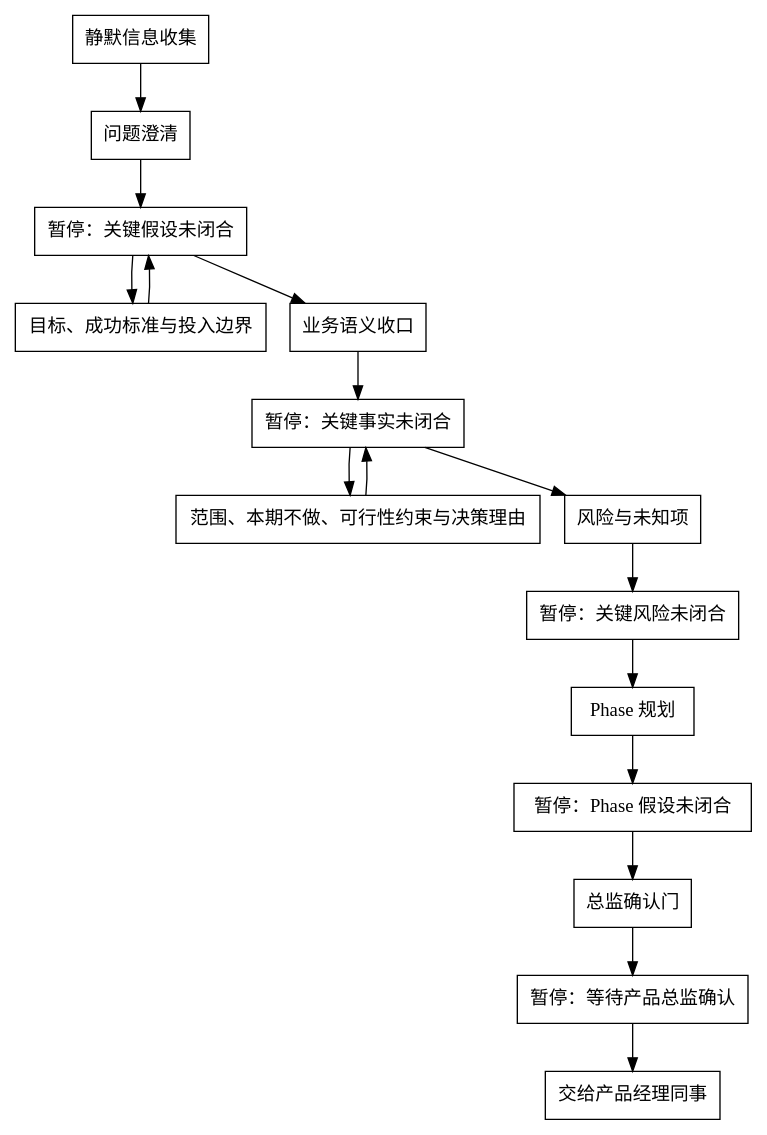
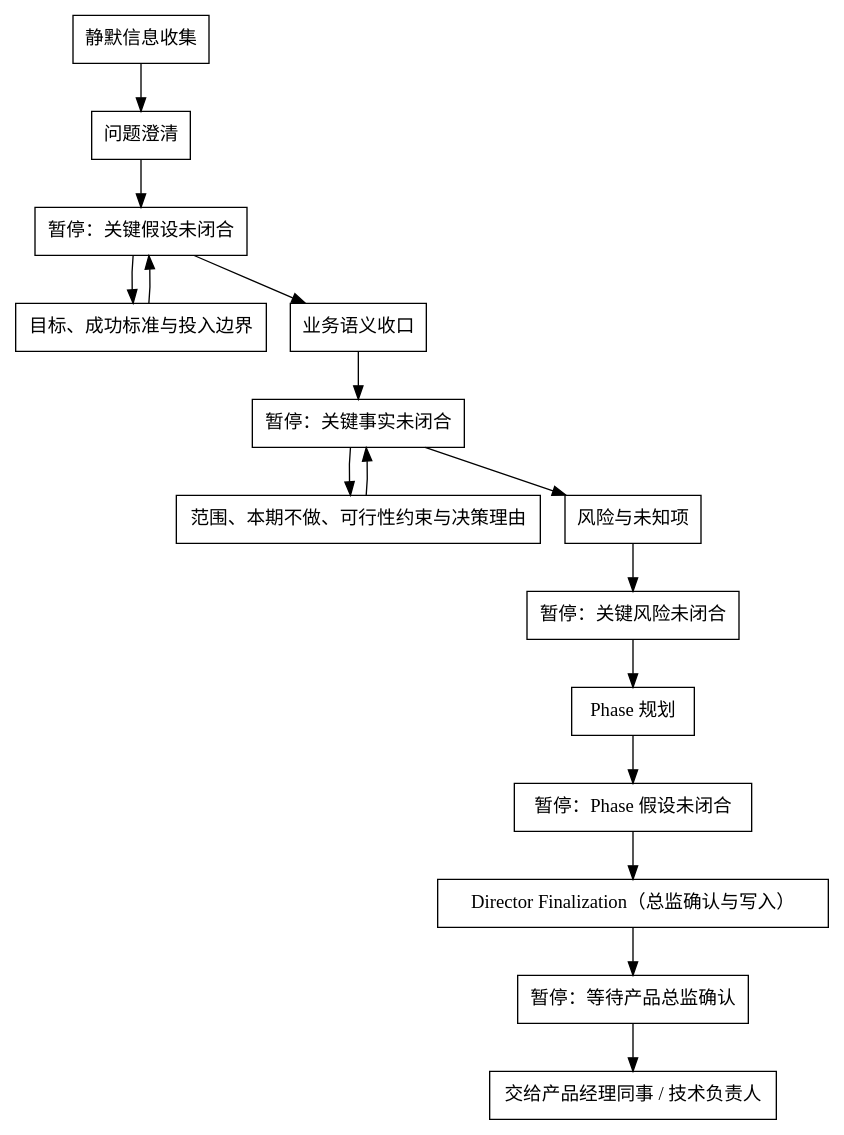
One commit to jieli-cqwl/org-claude-skills changed the diagram in shared/skills/product-director/SKILL.md. Above: the diagram before and after it, drawn with Graphviz. The commit also changed other lines of this file and 15 other files, not shown here.

````diff
--- a/shared/skills/product-director/SKILL.md
+++ b/shared/skills/product-director/SKILL.md
@@ -38,14 +53,14 @@
 ```dot
 digraph product_director_flow {
   rankdir=TB;
   node [shape=box];
   "静默信息收集" -> "问题澄清";
   "问题澄清" -> "暂停：关键假设未闭合" -> "目标、成功标准与投入边界";
   "目标、成功标准与投入边界" -> "暂停：关键假设未闭合" -> "业务语义收口";
   "业务语义收口" -> "暂停：关键事实未闭合" -> "范围、本期不做、可行性约束与决策理由";
   "范围、本期不做、可行性约束与决策理由" -> "暂停：关键事实未闭合" -> "风险与未知项";
   "风险与未知项" -> "暂停：关键风险未闭合" -> "Phase 规划";
-  "Phase 规划" -> "暂停：Phase 假设未闭合" -> "总监确认门";
-  "总监确认门" -> "暂停：等待产品总监确认" -> "交给产品经理同事";
+  "Phase 规划" -> "暂停：Phase 假设未闭合" -> "Director Finalization（总监确认与写入）";
+  "Director Finalization（总监确认与写入）" -> "暂停：等待产品总监确认" -> "交给产品经理同事 / 技术负责人";
 }
 ```
````
